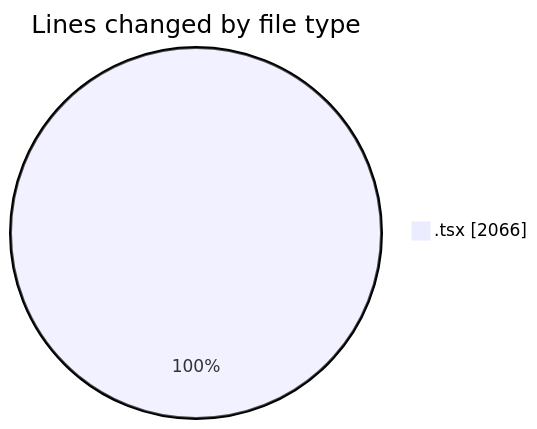
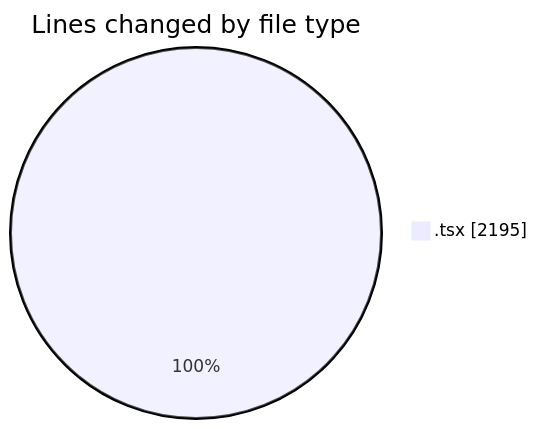
One commit to nxtqubesakshisongat/code-tracking changed the first of 2 diagrams in 2026-03-05/nxtqube_webapp/README.md. Above: the diagram before and after it, drawn with Mermaid. The commit also changed other lines of this file and 1 other file, not shown here.

````diff
--- a/2026-03-05/nxtqube_webapp/README.md
+++ b/2026-03-05/nxtqube_webapp/README.md
@@ -21,5 +21,5 @@
 ```mermaid
 pie showData
 title Lines changed by file type
-".tsx" : 2066
+".tsx" : 2195
 ```
````
